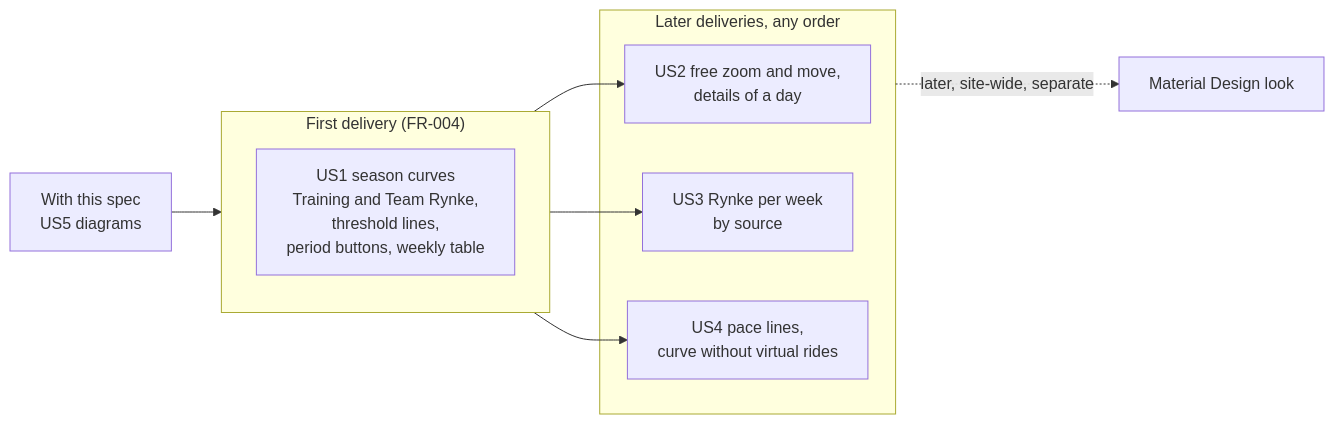
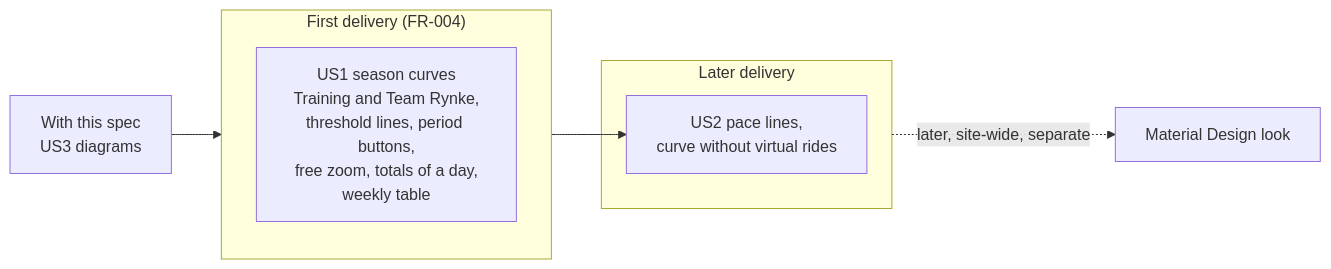
The first of 9 diagrams in specs/009-rider-progress-charts/spec.md (SaSteffen/RynkePoints), drawn with Mermaid before and after one commit. The commit also changed other lines of this file, not shown here.

First line of the commit message:
docs: apply /speckit-clarify answers to rider progress charts

````diff
--- a/specs/009-rider-progress-charts/spec.md
+++ b/specs/009-rider-progress-charts/spec.md
@@ -629,17 +556,15 @@
 ```mermaid
 flowchart LR
-    spec["With this spec<br/>US5 diagrams"] --> d1
+    spec["With this spec<br/>US3 diagrams"] --> d1
 
     subgraph d1["First delivery (FR-004)"]
-        us1["US1 season curves<br/>Training and Team Rynke,<br/>threshold lines,<br/>period buttons, weekly table"]
+        us1["US1 season curves<br/>Training and Team Rynke,<br/>threshold lines, period buttons,<br/>free zoom, totals of a day,<br/>weekly table"]
     end
 
-    subgraph later["Later deliveries, any order"]
-        us2["US2 free zoom and move,<br/>details of a day"]
-        us3["US3 Rynke per week<br/>by source"]
-        us4["US4 pace lines,<br/>curve without virtual rides"]
+    subgraph later["Later delivery"]
+        us2["US2 pace lines,<br/>curve without virtual rides"]
     end
 
-    d1 --> us2 & us3 & us4
+    d1 --> us2
     later -. "later, site-wide, separate" .-> md["Material Design look"]
 ```
````
